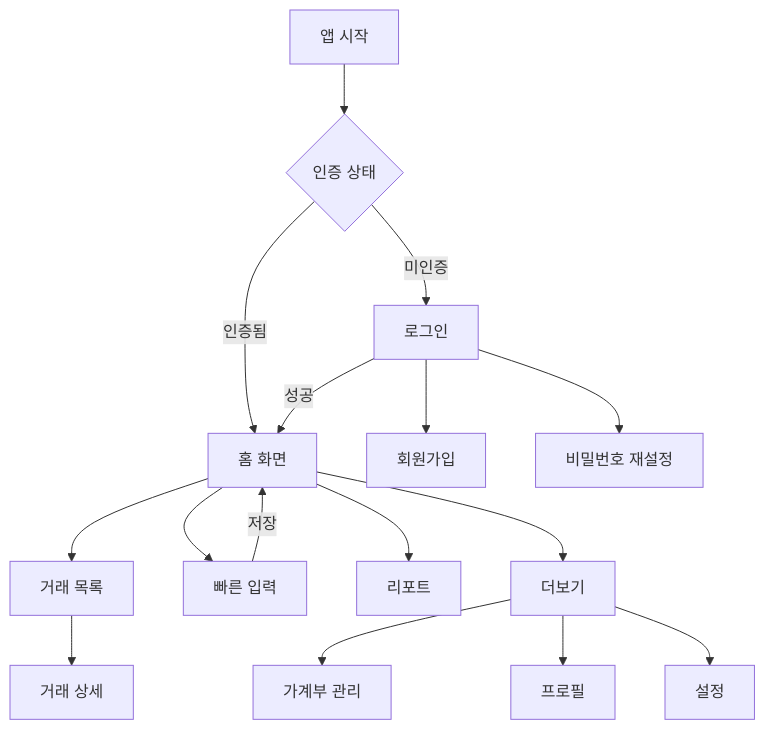
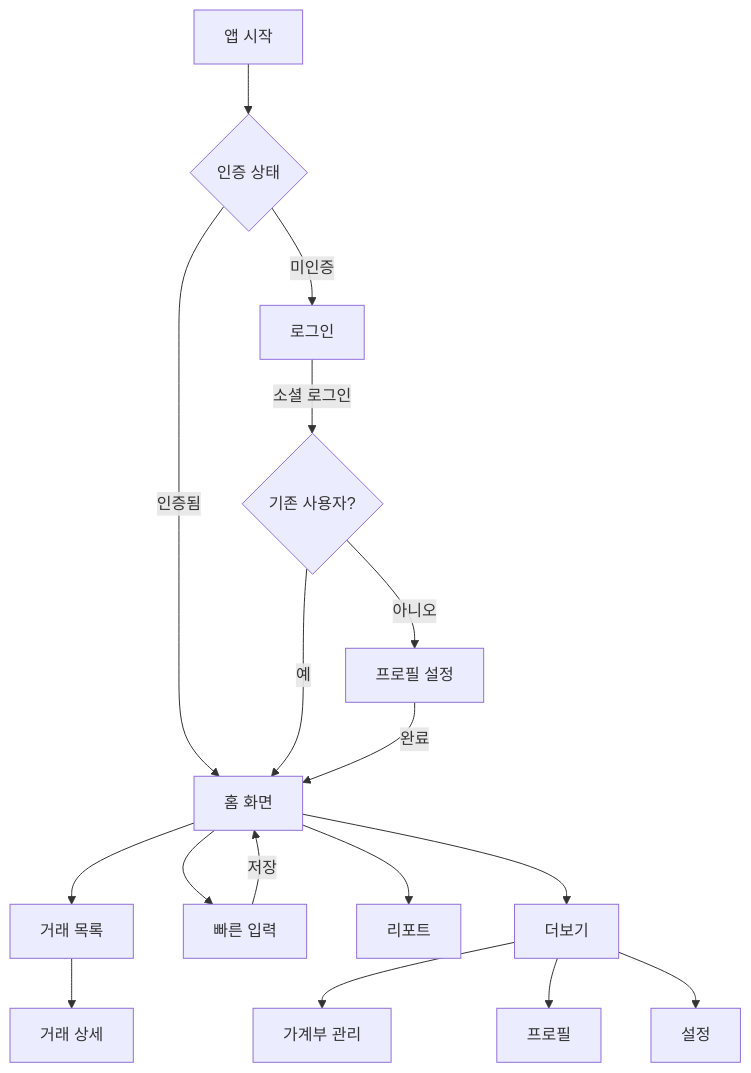
Before and after one commit to kihyeoon/bugie: the diagram in docs/screen-design.md, drawn with Mermaid. The commit also changed other lines of this file and 1 other file, not shown here.

First line of the commit message:
docs: MVP에서 이메일 로그인 제외하고 소셜 로그인만 지원하도록 변경

````diff
--- a/docs/screen-design.md
+++ b/docs/screen-design.md
@@ -493,22 +482,23 @@
 ```mermaid
 graph TD
     A[앱 시작] --> B{인증 상태}
     B -->|미인증| C[로그인]
     B -->|인증됨| D[홈 화면]
 
-    C --> E[회원가입]
-    C --> F[비밀번호 재설정]
-    C -->|성공| D
+    C -->|소셜 로그인| E{기존 사용자?}
+    E -->|예| D
+    E -->|아니오| F[프로필 설정]
+    F -->|완료| D
 
     D --> G[거래 목록]
     D --> H[빠른 입력]
     D --> I[리포트]
     D --> J[더보기]
 
     G --> K[거래 상세]
     H -->|저장| D
 
     J --> L[가계부 관리]
     J --> M[프로필]
     J --> N[설정]
 ```
````
